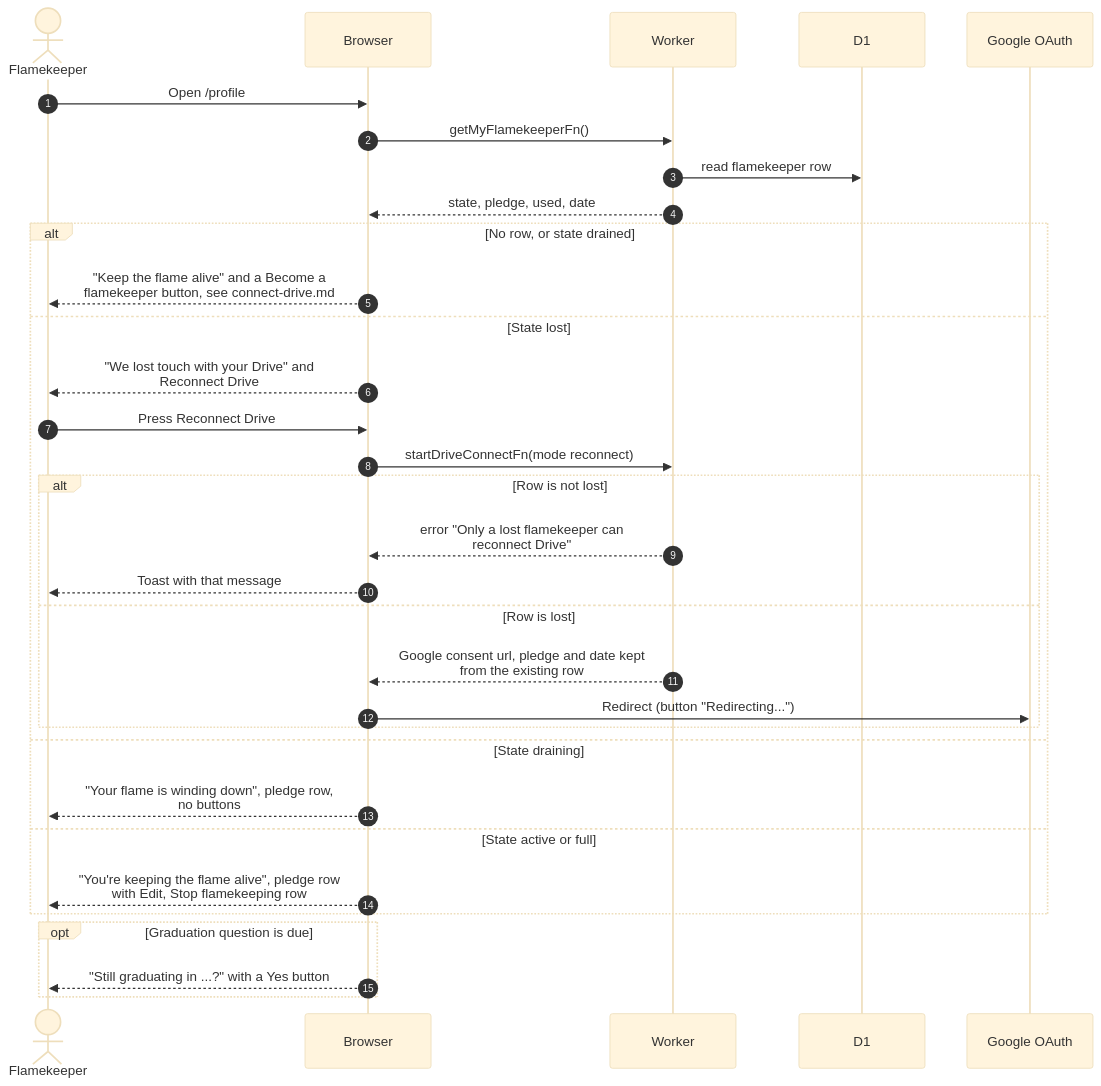
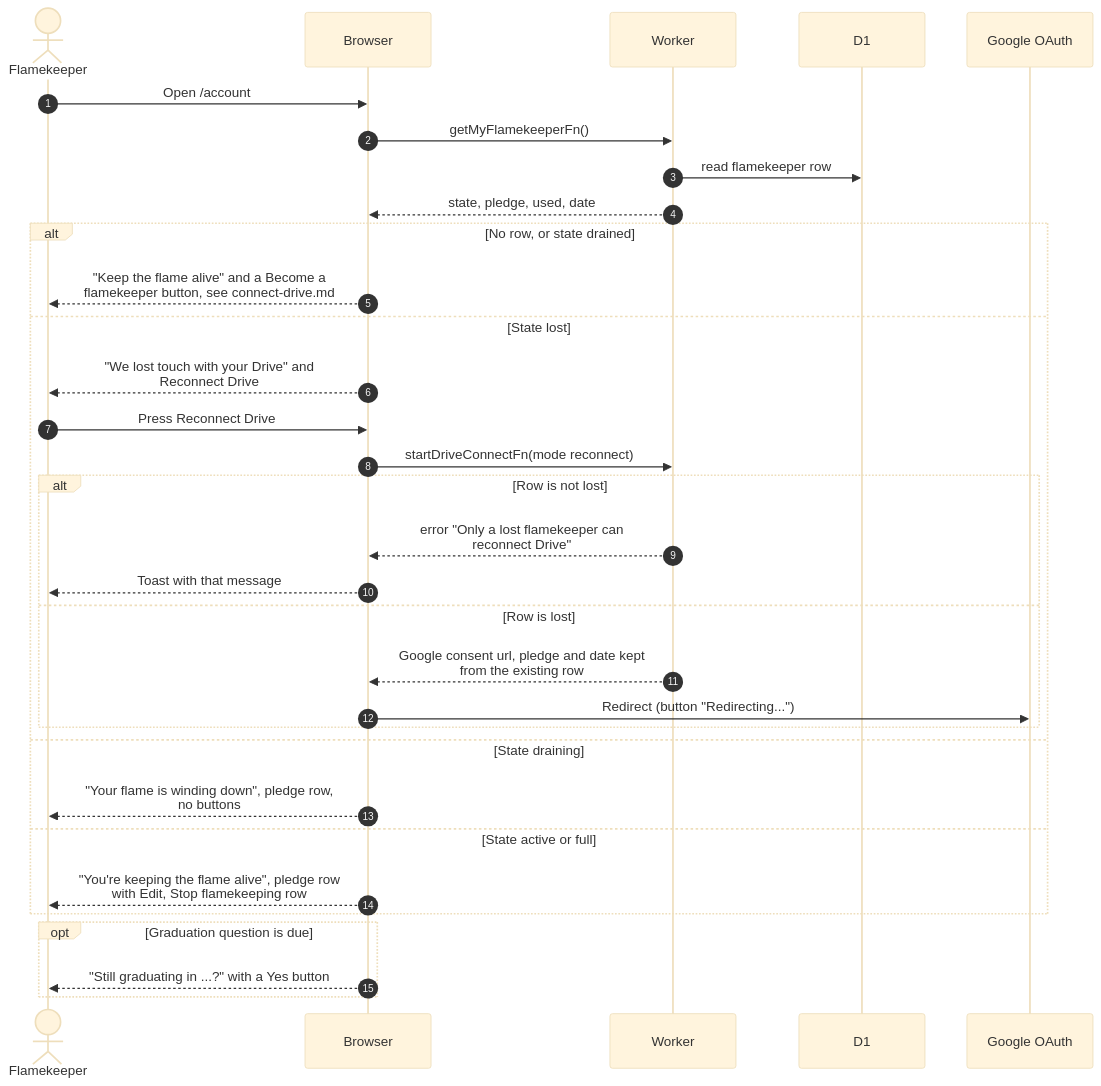
The diagram in docs/scenarios/flamekeepers/profile-card.md (sagyzdop/meriksirat), drawn with Mermaid (base theme) before and after one commit. The commit also changed other lines of this file and 157 other files, not shown here.

````diff
--- a/docs/scenarios/flamekeepers/profile-card.md
+++ b/docs/scenarios/flamekeepers/profile-card.md
@@ -40,34 +41,34 @@
 ```mermaid
 sequenceDiagram
     autonumber
     actor F as Flamekeeper
     participant Browser
     participant Worker
     participant D1
     participant GO as Google OAuth
-    F->>Browser: Open /profile
+    F->>Browser: Open /account
     Browser->>Worker: getMyFlamekeeperFn()
     Worker->>D1: read flamekeeper row
     Worker-->>Browser: state, pledge, used, date
     alt No row, or state drained
         Browser-->>F: "Keep the flame alive" and a Become a<br/>flamekeeper button, see connect-drive.md
     else State lost
         Browser-->>F: "We lost touch with your Drive" and<br/>Reconnect Drive
         F->>Browser: Press Reconnect Drive
         Browser->>Worker: startDriveConnectFn(mode reconnect)
         alt Row is not lost
             Worker-->>Browser: error "Only a lost flamekeeper can<br/>reconnect Drive"
             Browser-->>F: Toast with that message
         else Row is lost
             Worker-->>Browser: Google consent url, pledge and date kept<br/>from the existing row
             Browser->>GO: Redirect (button "Redirecting...")
         end
     else State draining
         Browser-->>F: "Your flame is winding down", pledge row,<br/>no buttons
     else State active or full
         Browser-->>F: "You're keeping the flame alive", pledge row<br/>with Edit, Stop flamekeeping row
     end
     opt Graduation question is due
         Browser-->>F: "Still graduating in ...?" with a Yes button
     end
 ```
````
